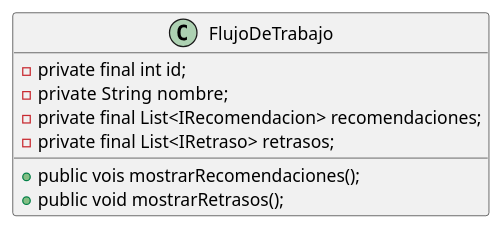
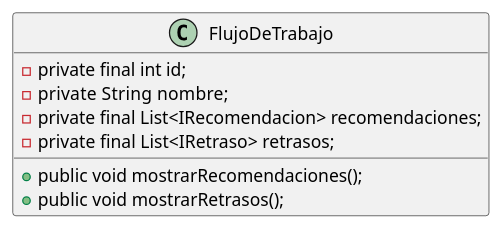
One commit to YoelUb/Actividad2 changed the diagram in docs/UML/FlujoDeTrabajo.puml. Above: the diagram before and after it, drawn with PlantUML.

```diff
--- a/docs/UML/FlujoDeTrabajo.puml
+++ b/docs/UML/FlujoDeTrabajo.puml
@@ -1,16 +1,16 @@
 @startuml
 
 class FlujoDeTrabajo{
 
  - private final int id;
  - private  String nombre;
  - private final List<IRecomendacion> recomendaciones;
  - private final List<IRetraso> retrasos;
- + public vois mostrarRecomendaciones();
+ + public void mostrarRecomendaciones();
  + public void mostrarRetrasos();
 
 }
 
 
 
 @enduml
```
